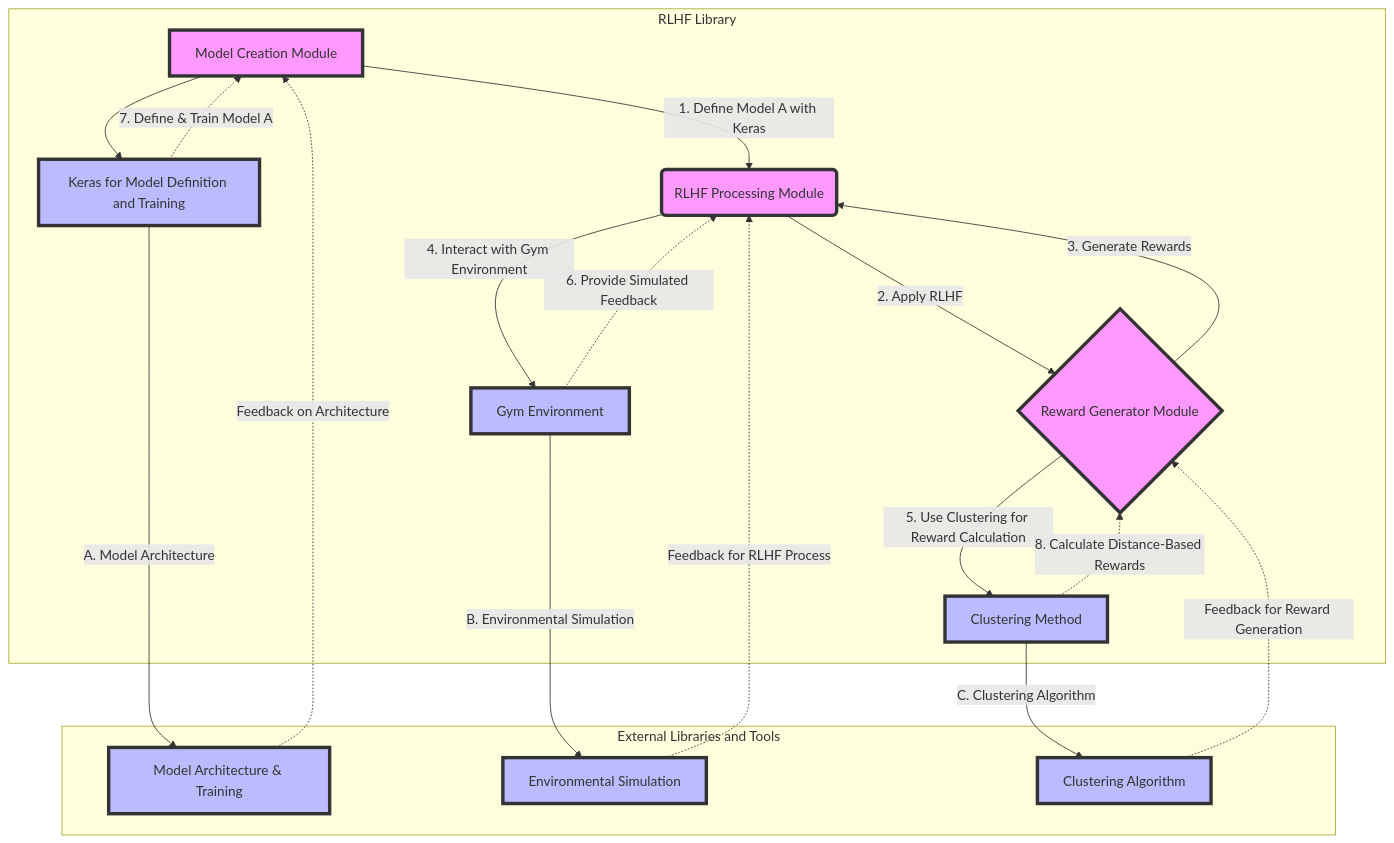
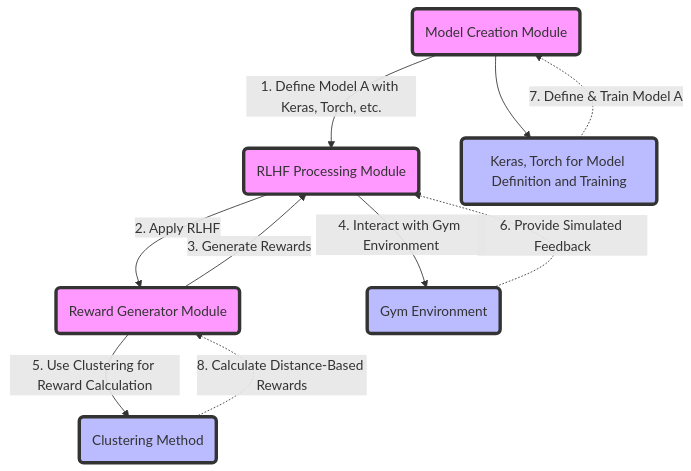
Before and after one commit to antunsz/recomender: the diagram in README.md, drawn with Mermaid. The commit also changed other lines of this file and 1 other file, not shown here.

````diff
--- a/README.md
+++ b/README.md
@@ -8,30 +8,17 @@
 ```mermaid
 graph TD;
-    subgraph "RLHF Library"
-    A[Model Creation Module] -->|1. Define Model A with Keras| B(RLHF Processing Module)
-    B -->|2. Apply RLHF| C{Reward Generator Module}
+    A(Model Creation Module) -->|1. Define Model A with Keras, Torch, etc.| B(RLHF Processing Module)
+    B -->|2. Apply RLHF| C(Reward Generator Module)
     C -->|3. Generate Rewards| B
-    B -->|4. Interact with Gym Environment| D[Gym Environment]
-    A --> E[Keras for Model Definition and Training]
-    C -->|5. Use Clustering for Reward Calculation| F[Clustering Method]
+    B -->|4. Interact with Gym Environment| D(Gym Environment)
+    A --> E(Keras, Torch for Model Definition and Training)
+    C -->|5. Use Clustering for Reward Calculation| F(Clustering Method)
     D -.->|6. Provide Simulated Feedback| B
     E -.->|7. Define & Train Model A| A
     F -.->|8. Calculate Distance-Based Rewards| C
-    end
-
-    subgraph "External Libraries and Tools"
-    E -->|A. Model Architecture| G[Model Architecture & Training]
-    D -->|B. Environmental Simulation| H[Environmental Simulation]
-    F -->|C. Clustering Algorithm| I[Clustering Algorithm]
-    end
-
-    G -.->|Feedback on Architecture| A
-    H -.->|Feedback for RLHF Process| B
-    I -.->|Feedback for Reward Generation| C
 
     classDef library fill:#f9f,stroke:#333,stroke-width:4px;
     classDef external fill:#bbf,stroke:#333,stroke-width:4px;
     class A,B,C library;
-    class E,F,D,G,H,I external;
-
+    class E,F,D external;
 ```
````
